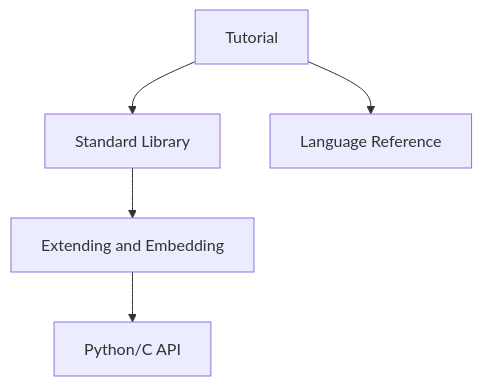
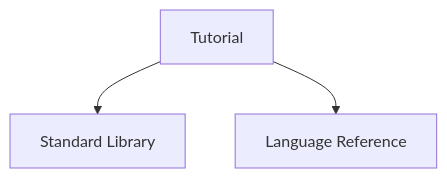
One commit to qgjones9/python-programming-guide changed the diagram in docs/index.md. Above: the diagram before and after it, drawn with Mermaid. The commit also changed other lines of this file and 261 other files, not shown here.

````diff
--- a/docs/index.md
+++ b/docs/index.md
@@ -24,12 +22,8 @@
 ```mermaid
 flowchart TB
     T[Tutorial]
     SL[Standard Library]
     LR[Language Reference]
-    EE[Extending and Embedding]
-    CAPI[Python/C API]
     T --> SL
     T --> LR
-    SL --> EE
-    EE --> CAPI
 ```
````
